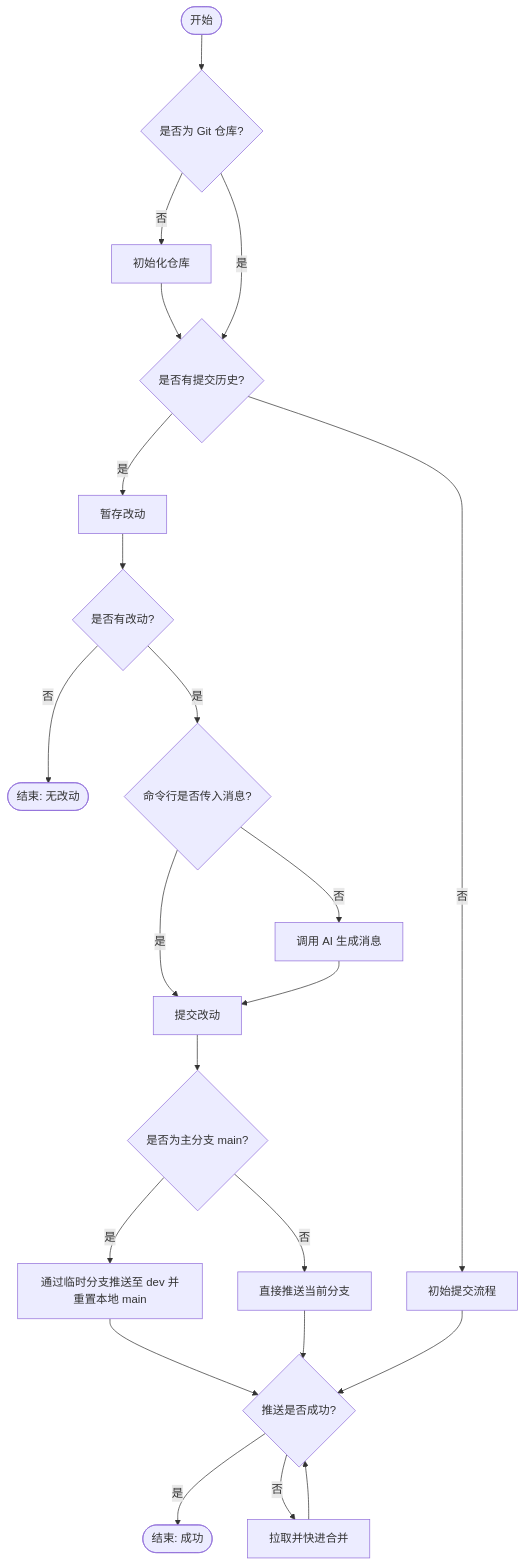
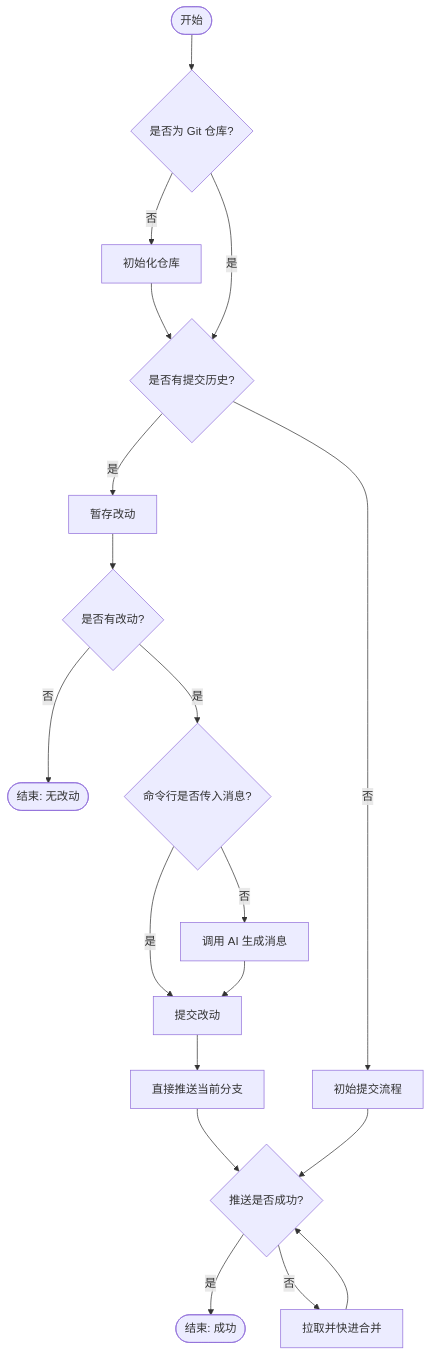
Before and after one commit to i18n-site/lib: the diagram in gci/readme/zh.md, drawn with Mermaid. The commit also changed other lines of this file and 7 other files, not shown here.

Commit message:
chore: modify gci and gitsync to push directly to current branch

````diff
--- a/gci/readme/zh.md
+++ b/gci/readme/zh.md
@@ -65,25 +65,23 @@
 ```mermaid
 graph TD
     Start([开始]) --> CheckRepo{是否为 Git 仓库?}
     CheckRepo -- 否 --> InitRepo[初始化仓库] --> CheckCommit
     CheckRepo -- 是 --> CheckCommit{是否有提交历史?}
 
     CheckCommit -- 否 --> FirstCommit[初始提交流程]
     CheckCommit -- 是 --> StageChanges[暂存改动]
 
     StageChanges --> DiffCheck{是否有改动?}
     DiffCheck -- 否 --> EndNoChanges([结束: 无改动])
     DiffCheck -- 是 --> GetMsg{命令行是否传入消息?}
 
     GetMsg -- 是 --> Commit[提交改动]
     GetMsg -- 否 --> RequestAI[调用 AI 生成消息] --> Commit
 
-    Commit --> BranchPolicy{是否为主分支 main?}
-    BranchPolicy -- 是 --> BranchProtect[通过临时分支推送至 dev 并重置本地 main] --> PushRetry
-    BranchPolicy -- 否 --> PushDirect[直接推送当前分支] --> PushRetry
+    Commit --> PushDirect[直接推送当前分支] --> PushRetry
 
     FirstCommit --> PushRetry
     PushRetry{推送是否成功?}
     PushRetry -- 是 --> EndSuccess([结束: 成功])
     PushRetry -- 否 --> FetchMerge[拉取并快进合并] --> PushRetry
 ```
````
